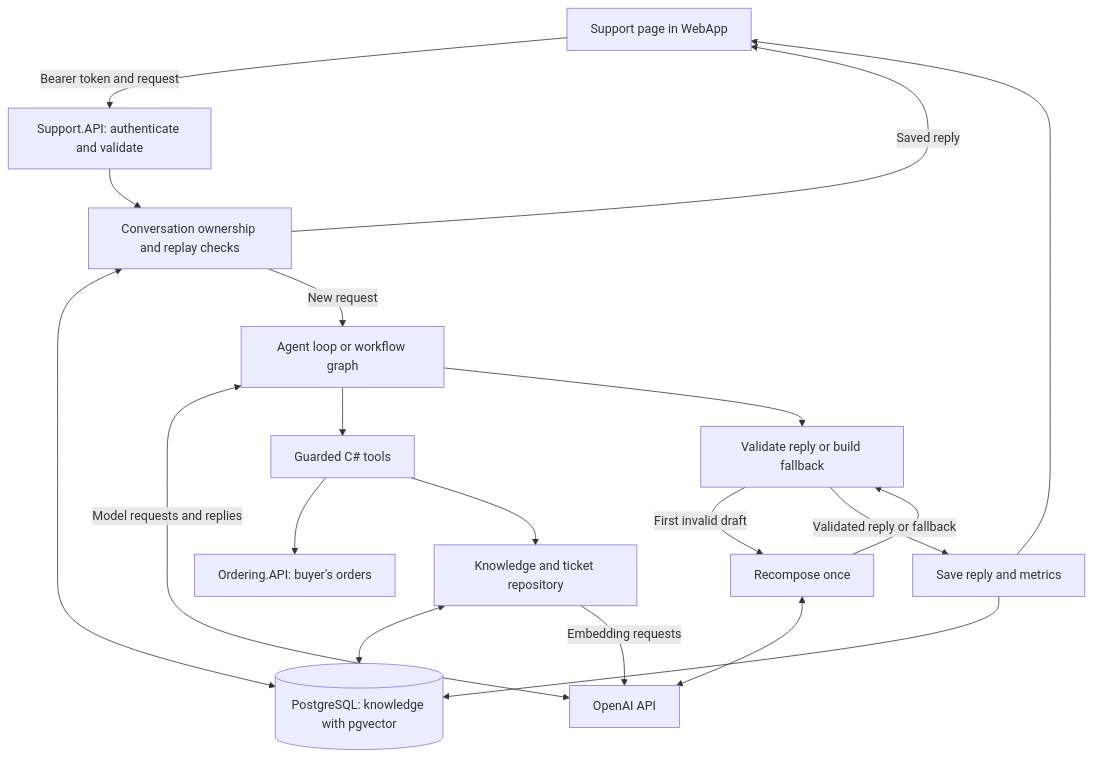
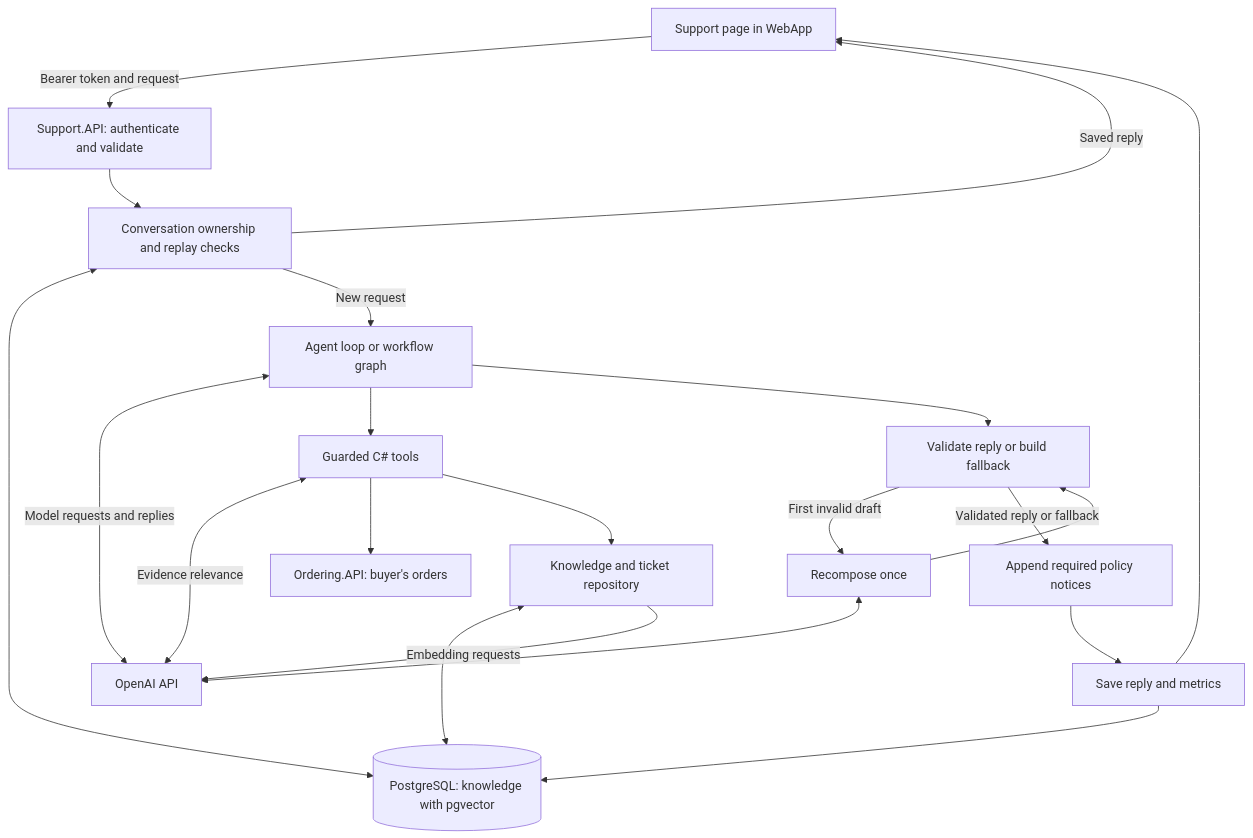
Before and after one commit to Chechushkov/eshop-ai-demo: the diagram in docs/architecture.md, drawn with Mermaid. The commit also changed other lines of this file and 18 other files, not shown here.

Commit message:
fix(support): validate RAG sources and enforce reply notices

````diff
--- a/docs/architecture.md
+++ b/docs/architecture.md
@@ -12,21 +12,23 @@
 ```mermaid
 flowchart TD
     Web["Support page in WebApp"] -->|Bearer token and request| API["Support.API: authenticate and validate"]
     API --> Conversation["Conversation ownership and replay checks"]
     Conversation <--> DB[("PostgreSQL: knowledge with pgvector")]
     Conversation -->|Saved reply| Web
     Conversation -->|New request| Run["Agent loop or workflow graph"]
     Run <-->|Model requests and replies| Model["OpenAI API"]
     Run --> Tools["Guarded C# tools"]
+    Tools <-->|Evidence relevance| Model
     Tools --> Ordering["Ordering.API: buyer's orders"]
     Tools --> Repository["Knowledge and ticket repository"]
     Repository <--> DB
     Repository -->|Embedding requests| Model
     Run --> Review["Validate reply or build fallback"]
     Review -->|First invalid draft| Repair["Recompose once"]
     Repair <--> Model
     Repair --> Review
-    Review -->|Validated reply or fallback| Save["Save reply and metrics"]
+    Review -->|Validated reply or fallback| Notices["Append required policy notices"]
+    Notices --> Save["Save reply and metrics"]
     Save --> DB
     Save --> Web
 ```
````
